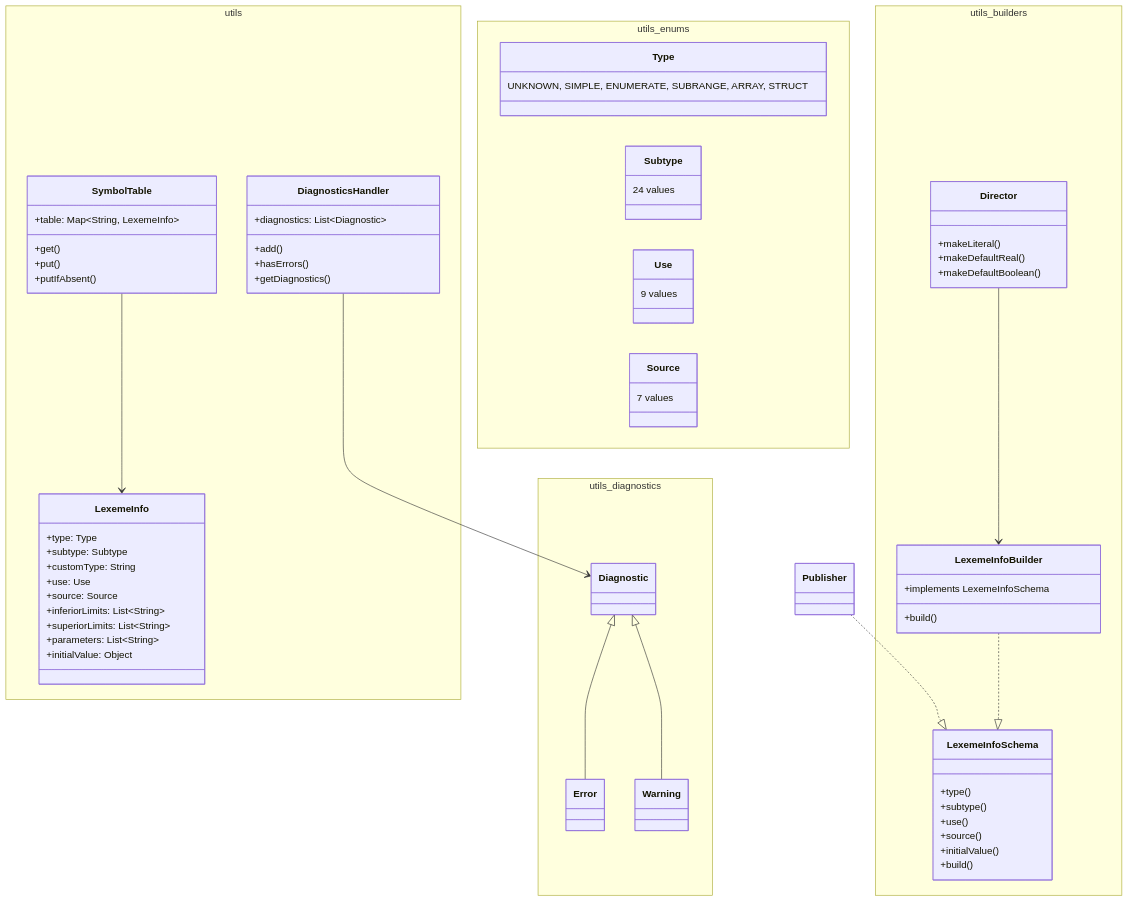
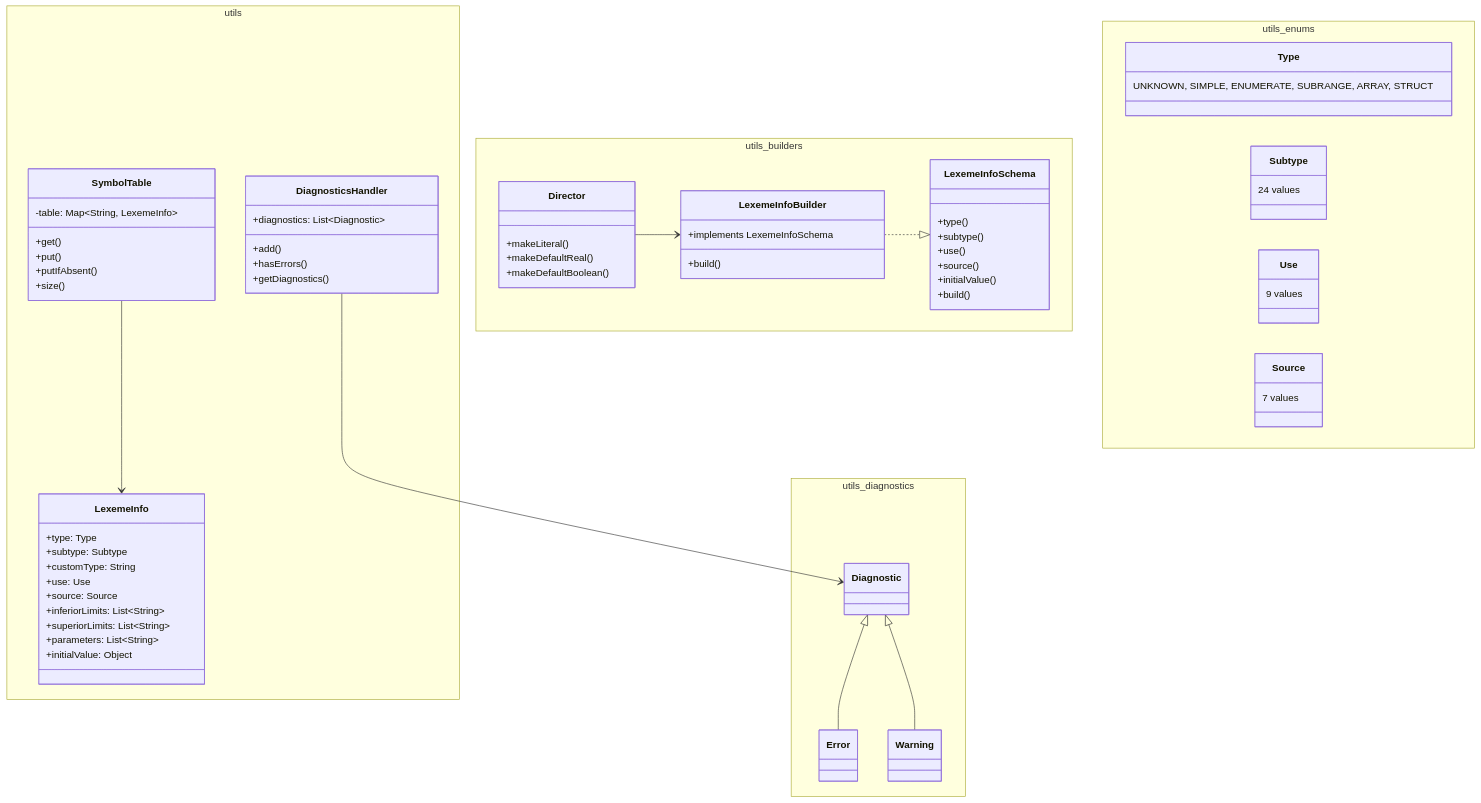
The second of 4 diagrams in doc/modules/utils.md (PascalUser/FLC-IEC61131-7), drawn with Mermaid before and after one commit. The commit also changed other lines of this file and 49 other files, not shown here.

````diff
--- a/doc/modules/utils.md
+++ b/doc/modules/utils.md
@@ -41,65 +41,65 @@
 ```mermaid
 classDiagram
     namespace utils {
         class SymbolTable {
-            +table: Map~String, LexemeInfo~
+            -table: Map~String, LexemeInfo~
             +get()
             +put()
             +putIfAbsent()
+            +size()
         }
         class LexemeInfo {
             +type: Type
             +subtype: Subtype
             +customType: String
             +use: Use
             +source: Source
             +inferiorLimits: List~String~
             +superiorLimits: List~String~
             +parameters: List~String~
             +initialValue: Object
         }
         class DiagnosticsHandler {
             +diagnostics: List~Diagnostic~
             +add()
             +hasErrors()
             +getDiagnostics()
         }
     }
     namespace utils_builders {
         class LexemeInfoSchema {
             +type()
             +subtype()
             +use()
             +source()
             +initialValue()
             +build()
         }
         class LexemeInfoBuilder {
             +implements LexemeInfoSchema
             +build()
         }
         class Director {
             +makeLiteral()
             +makeDefaultReal()
             +makeDefaultBoolean()
         }
     }
     namespace utils_enums {
         class Type { UNKNOWN, SIMPLE, ENUMERATE, SUBRANGE, ARRAY, STRUCT }
         class Subtype { 24 values }
         class Use { 9 values }
         class Source { 7 values }
     }
     namespace utils_diagnostics {
         class Diagnostic
         class Error
         class Warning
     }
     Diagnostic <|-- Error
     Diagnostic <|-- Warning
     LexemeInfoBuilder ..|> LexemeInfoSchema
     Director --> LexemeInfoBuilder
-    Publisher ..|> LexemeInfoSchema
     SymbolTable --> LexemeInfo
     DiagnosticsHandler --> Diagnostic
 ```
````
